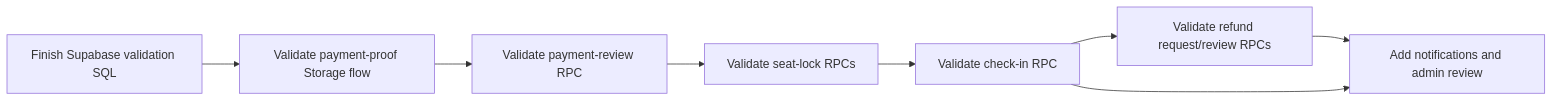
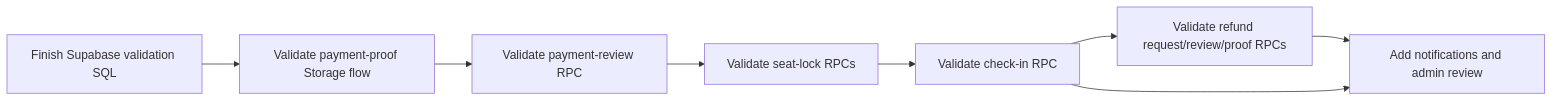
Before and after one commit to moirakk/GatherUp: the fourth of 4 diagrams in docs/project-architecture-brief-v0.1.md, drawn with Mermaid. The commit also changed other lines of this file and 8 other files, not shown here.

Commit message:
Add refund proof upload RPC

````diff
--- a/docs/project-architecture-brief-v0.1.md
+++ b/docs/project-architecture-brief-v0.1.md
@@ -238,10 +238,10 @@
 ```mermaid
 flowchart LR
   A["Finish Supabase validation SQL"] --> B["Validate payment-proof Storage flow"]
   B --> C["Validate payment-review RPC"]
   C --> D["Validate seat-lock RPCs"]
   D --> E["Validate check-in RPC"]
-  E --> R["Validate refund request/review RPCs"]
+  E --> R["Validate refund request/review/proof RPCs"]
   R --> F["Expand real event services"]
   E --> F["Add notifications and admin review"]
 ```
````
